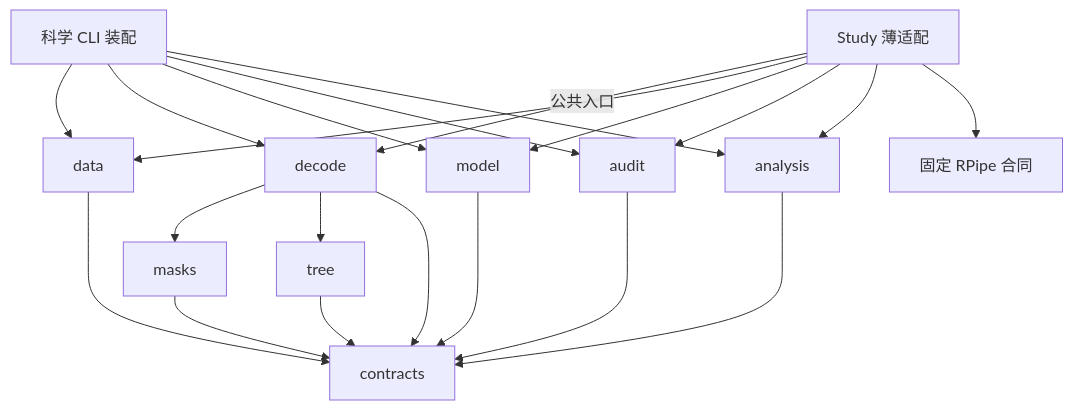
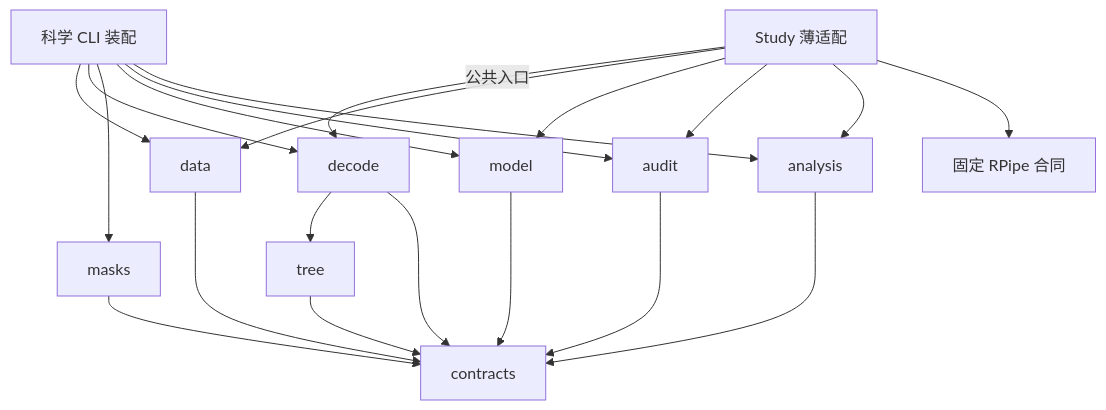
One commit to DreamSoul-AI/denoising-speculative-decoding changed the second of 4 diagrams in docs/去噪推测解码 架构设计.md. Above: the diagram before and after it, drawn with Mermaid. The commit also changed other lines of this file and 2 other files, not shown here.

````diff
--- a/docs/去噪推测解码 架构设计.md
+++ b/docs/去噪推测解码 架构设计.md
@@ -78,23 +78,23 @@
 ```mermaid
 flowchart TB
     Boot[科学 CLI 装配] --> Data[data]
     Boot --> Decode[decode]
+    Boot --> Masks[masks]
     Boot --> Model[model]
     Boot --> Audit[audit]
     Boot --> Analysis[analysis]
-    Decode --> Masks[masks]
     Decode --> Tree[tree]
     Decode --> Types[contracts]
     Data --> Types
     Model --> Types
     Audit --> Types
     Analysis --> Types
     Masks --> Types
     Tree --> Types
     Study[Study 薄适配] -->|公共入口| Decode
     Study --> Data
     Study --> Model
     Study --> Audit
     Study --> Analysis
     Study --> RPipe[固定 RPipe 合同]
 ```
````
